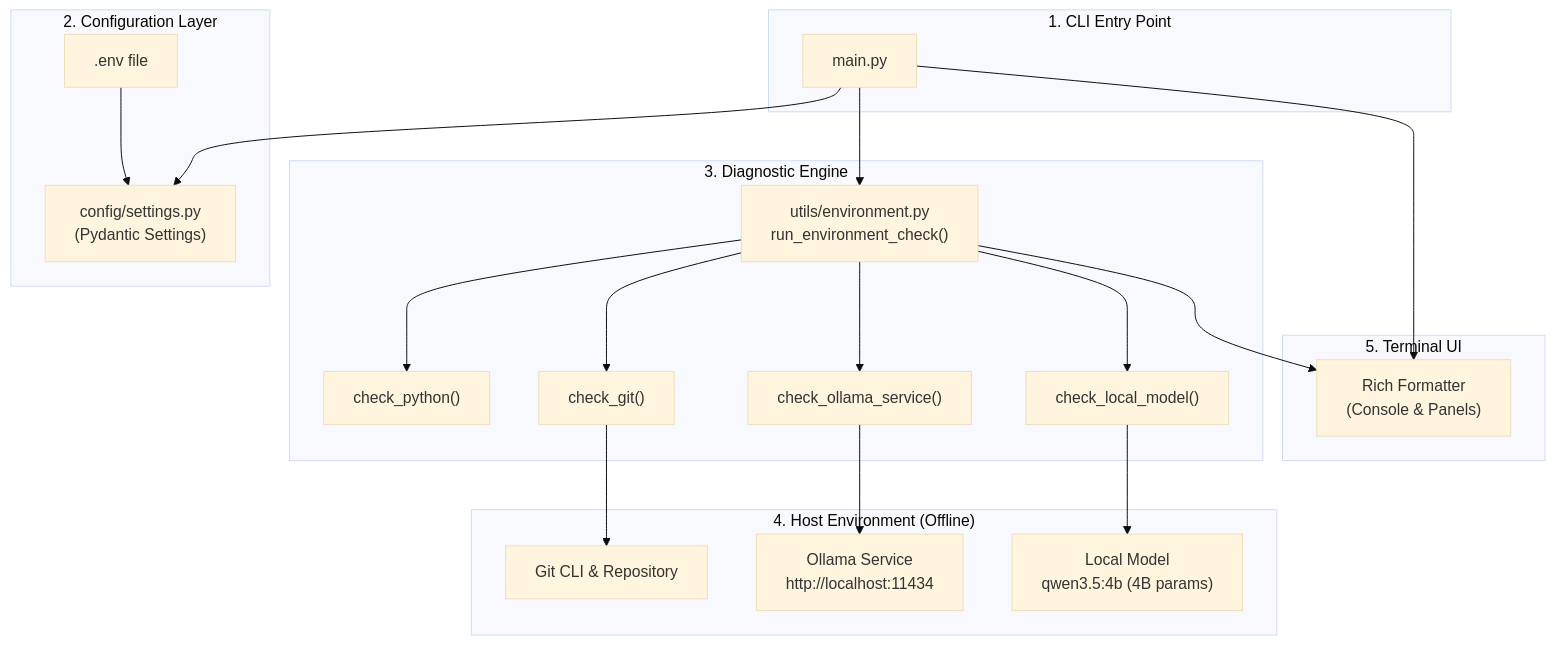
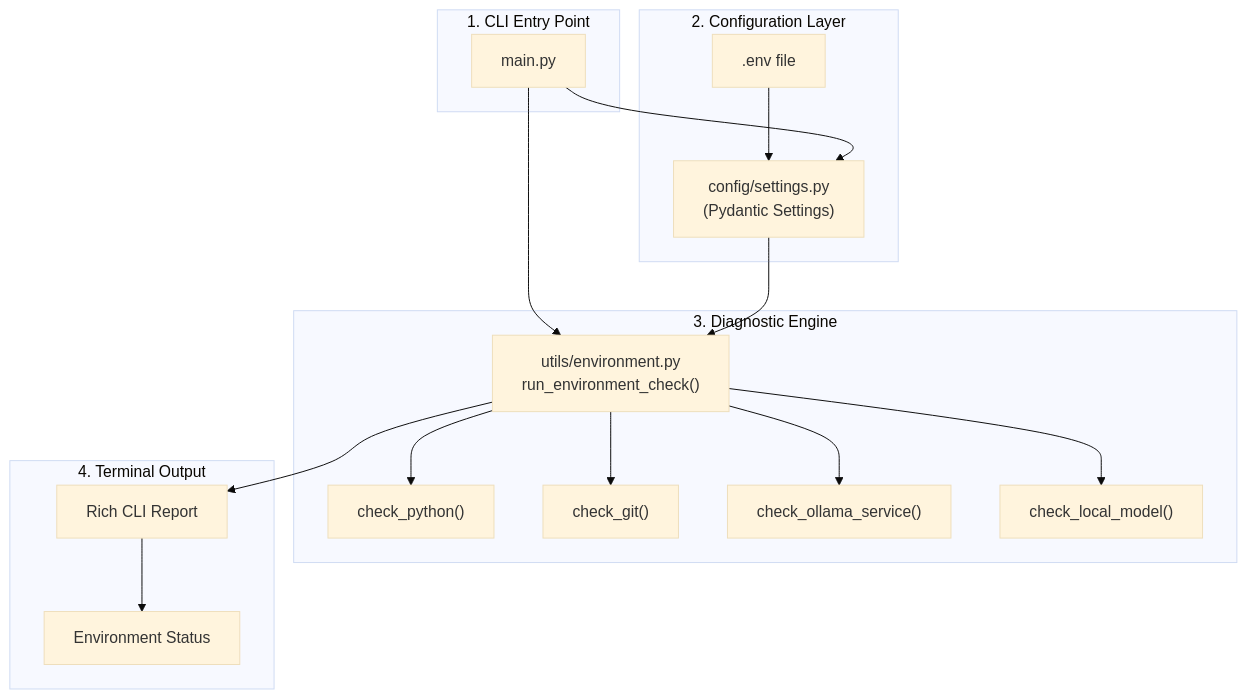
One commit to tatvam-pixel/Commit-Surgeon changed the diagram in WALKTHROUGH.md. Above: the diagram before and after it, drawn with Mermaid (base theme). The commit also changed other lines of this file and 15 other files, not shown here.

````diff
--- a/WALKTHROUGH.md
+++ b/WALKTHROUGH.md
@@ -34,37 +34,34 @@
 ```mermaid
 flowchart TD
-    subgraph Entry ["1. CLI Entry Point"]
+    subgraph Entry["1. CLI Entry Point"]
         Main["main.py"]
     end
 
-    subgraph ConfigLayer ["2. Configuration Layer"]
+    subgraph ConfigLayer["2. Configuration Layer"]
         DotEnv[".env file"] --> Settings["config/settings.py<br/>(Pydantic Settings)"]
     end
 
-    subgraph Diagnostics ["3. Diagnostic Engine"]
+    subgraph Diagnostics["3. Diagnostic Engine"]
         EnvCheck["utils/environment.py<br/>run_environment_check()"]
         CheckPy["check_python()"]
         CheckGit["check_git()"]
         CheckOllama["check_ollama_service()"]
         CheckModel["check_local_model()"]
+
+        EnvCheck --> CheckPy
+        EnvCheck --> CheckGit
+        EnvCheck --> CheckOllama
+        EnvCheck --> CheckModel
     end
 
-    subgraph Host ["4. Host Environment (Offline)"]
-        GitBin["Git CLI & Repository"]
-        OllamaDaemon["Ollama Service<br/>http://localhost:11434"]
-        LocalModel["Local Model<br/>qwen3.5:4b (4B params)"]
-    end
-
-    subgraph Presentation ["5. Terminal UI"]
-        RichUI["Rich Formatter<br/>(Console & Panels)"]
+    subgraph Output["4. Terminal Output"]
+        Rich["Rich CLI Report"]
+        Report["Environment Status"]
     end
 
     Main --> Settings
     Main --> EnvCheck
-    EnvCheck --> CheckPy
-    EnvCheck --> CheckGit --> GitBin
-    EnvCheck --> CheckOllama --> OllamaDaemon
-    EnvCheck --> CheckModel --> LocalModel
-    EnvCheck --> RichUI
-    Main --> RichUI
+    Settings --> EnvCheck
+    EnvCheck --> Rich
+    Rich --> Report
 ```
````
